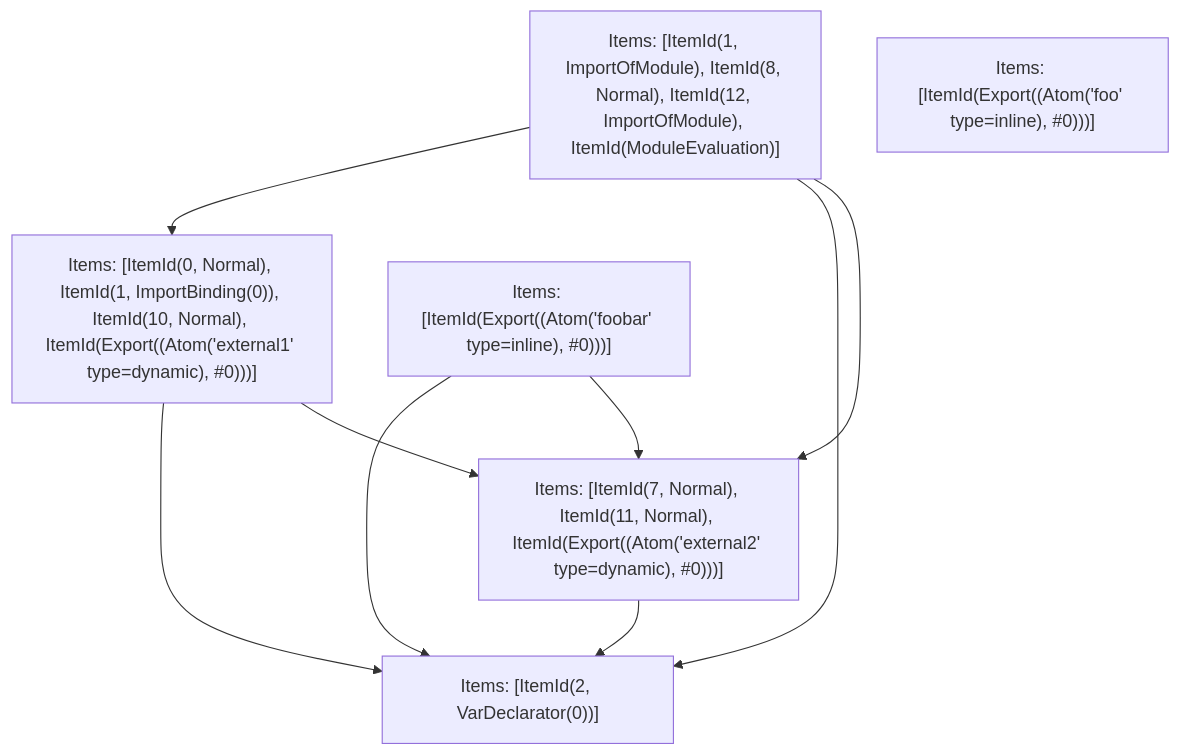
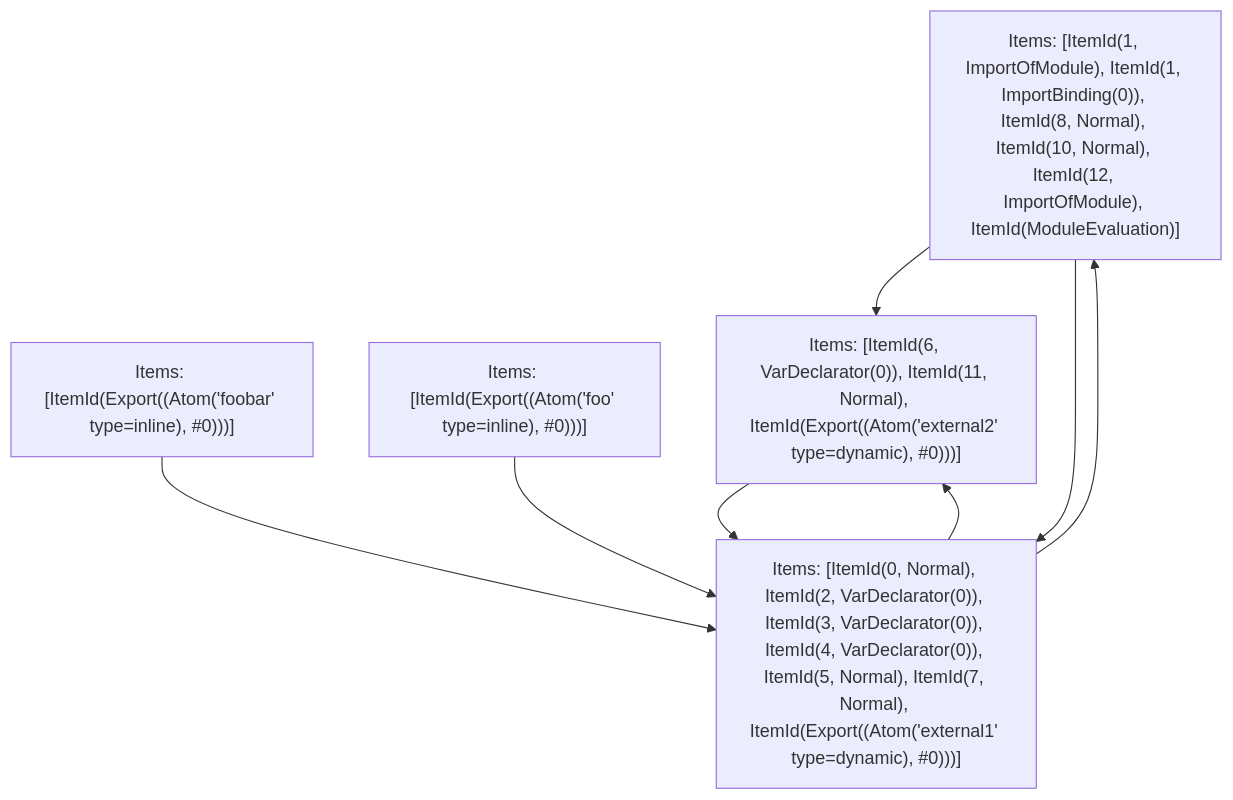
The fifth of 5 diagrams in crates/turbopack-ecmascript/tests/tree-shaker/analyzer/2/output.md (vercel/turborepo), drawn with Mermaid before and after one commit. The commit also changed other lines of this file and 3 other files, not shown here.

````diff
--- a/crates/turbopack-ecmascript/tests/tree-shaker/analyzer/2/output.md
+++ b/crates/turbopack-ecmascript/tests/tree-shaker/analyzer/2/output.md
@@ -359,17 +359,15 @@
 ```mermaid
 graph TD
-    N0["Items: [ItemId(1, ImportOfModule), ItemId(8, Normal), ItemId(12, ImportOfModule), ItemId(ModuleEvaluation)]"];
-    N1["Items: [ItemId(0, Normal), ItemId(1, ImportBinding(0)), ItemId(10, Normal), ItemId(Export((Atom('external1' type=dynamic), #0)))]"];
+    N0["Items: [ItemId(1, ImportOfModule), ItemId(1, ImportBinding(0)), ItemId(8, Normal), ItemId(10, Normal), ItemId(12, ImportOfModule), ItemId(ModuleEvaluation)]"];
+    N1["Items: [ItemId(0, Normal), ItemId(2, VarDeclarator(0)), ItemId(3, VarDeclarator(0)), ItemId(4, VarDeclarator(0)), ItemId(5, Normal), ItemId(7, Normal), ItemId(Export((Atom('external1' type=dynamic), #0)))]"];
     N2["Items: [ItemId(Export((Atom('foobar' type=inline), #0)))]"];
     N3["Items: [ItemId(Export((Atom('foo' type=inline), #0)))]"];
-    N4["Items: [ItemId(7, Normal), ItemId(11, Normal), ItemId(Export((Atom('external2' type=dynamic), #0)))]"];
-    N5["Items: [ItemId(2, VarDeclarator(0))]"];
+    N4["Items: [ItemId(6, VarDeclarator(0)), ItemId(11, Normal), ItemId(Export((Atom('external2' type=dynamic), #0)))]"];
+    N0 --> N4;
     N0 --> N1;
-    N0 --> N5;
-    N0 --> N4;
-    N1 --> N5;
+    N1 --> N0;
     N1 --> N4;
-    N2 --> N5;
-    N2 --> N4;
-    N4 --> N5;
+    N2 --> N1;
+    N3 --> N1;
+    N4 --> N1;
 ```
````
